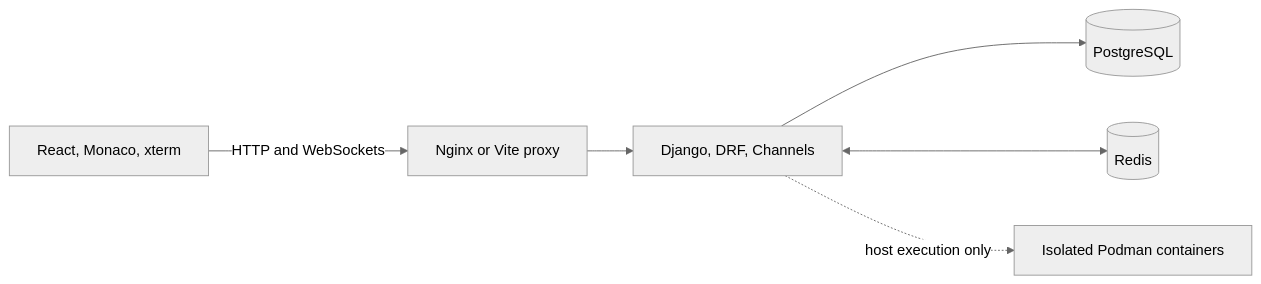
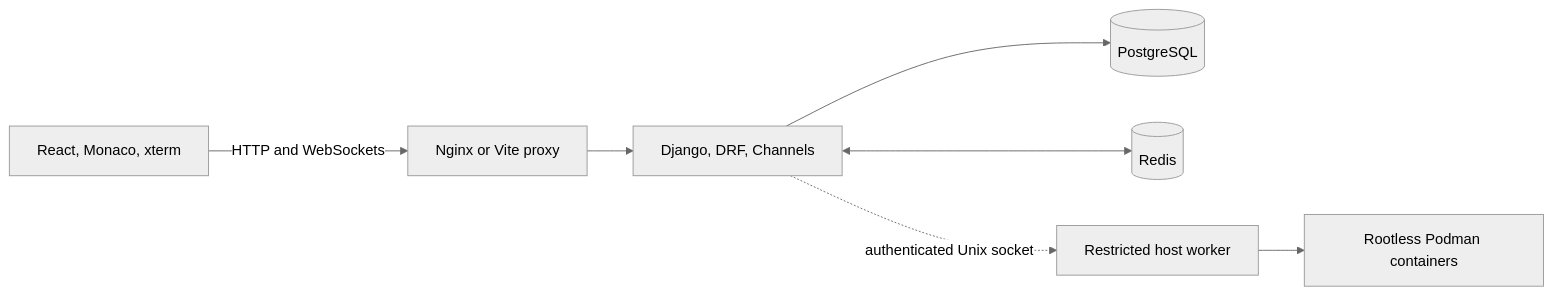
Before and after one commit to Mohammad-Hussien3/Shared_IDE: the diagram in README.md, drawn with Mermaid (neutral theme). The commit also changed other lines of this file and 16 other files, not shown here.

Commit message:
feat(execution): add authenticated rootless Podman worker for Compose

````diff
--- a/README.md
+++ b/README.md
@@ -154,8 +154,9 @@
 ```mermaid
 flowchart LR
     UI[React, Monaco, xterm] -->|HTTP and WebSockets| Proxy[Nginx or Vite proxy]
     Proxy --> Backend[Django, DRF, Channels]
     Backend --> DB[(PostgreSQL)]
     Backend <--> Redis[(Redis)]
-    Backend -. host execution only .-> Runner[Isolated Podman containers]
+    Backend -. authenticated Unix socket .-> Worker[Restricted host worker]
+    Worker --> Runner[Rootless Podman containers]
 ```
````
